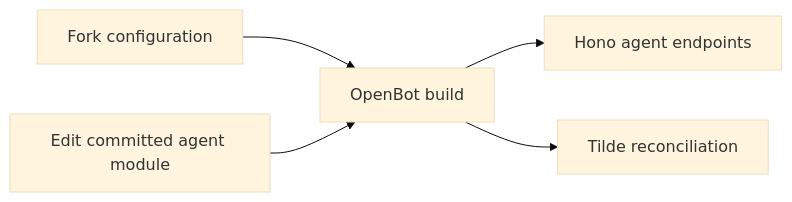
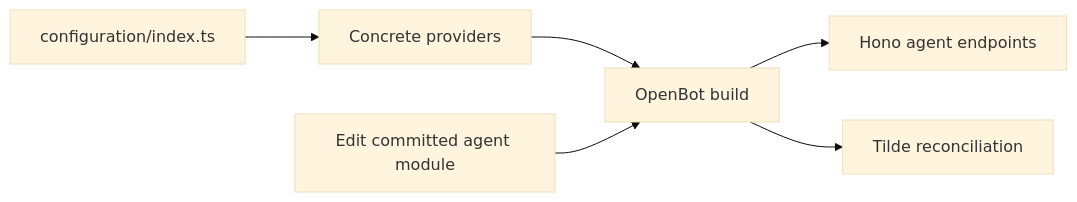
One commit to trytilde/dispatch changed the diagram in docs/adrs/0001-fork-owned-configuration.md. Above: the diagram before and after it, drawn with Mermaid (base theme). The commit also changed other lines of this file and 168 other files, not shown here.

````diff
--- a/docs/adrs/0001-fork-owned-configuration.md
+++ b/docs/adrs/0001-fork-owned-configuration.md
@@ -19,7 +24,8 @@
 ```mermaid
 flowchart LR
-  F["Fork configuration"] --> B["OpenBot build"]
+  F["configuration/index.ts"] --> P["Concrete providers"]
+  P --> B["OpenBot build"]
   B --> H["Hono agent endpoints"]
   B --> R["Tilde reconciliation"]
   E["Edit committed agent module"] --> B
 ```
````
